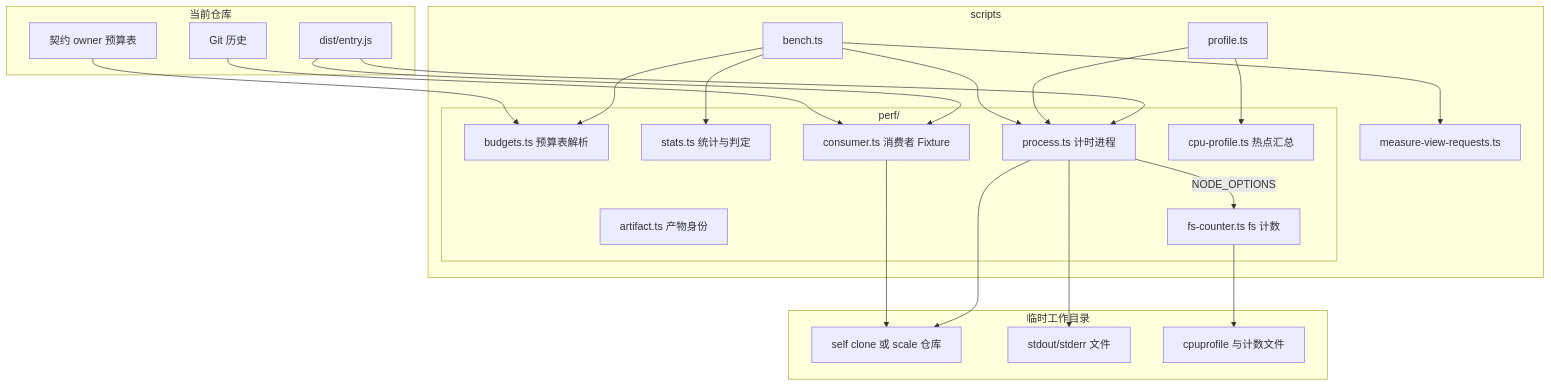
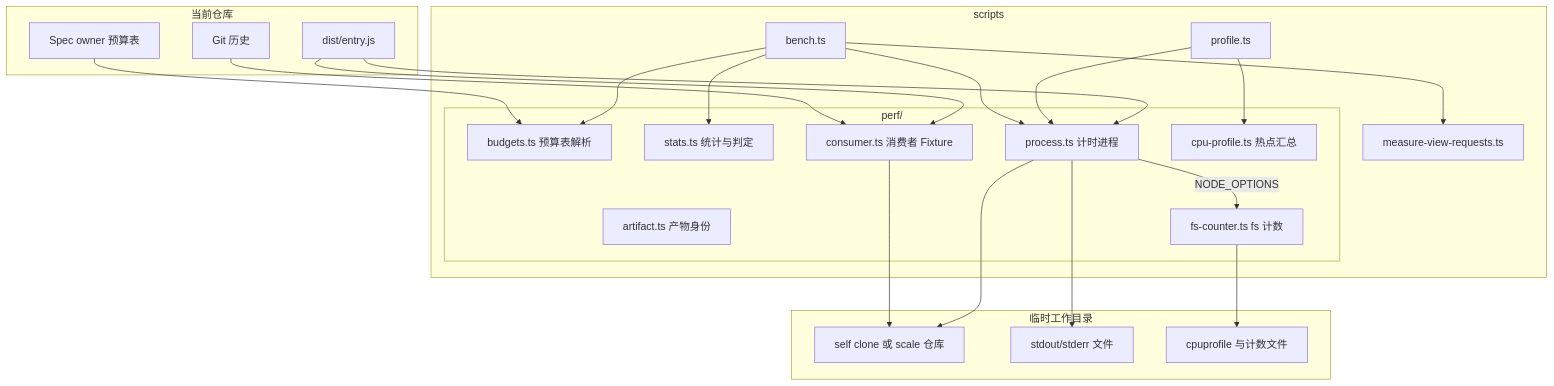
One commit to CorrectRoadH/Concord changed the diagram in docs/engineering/concord-self-hosting/architecture.md. Above: the diagram before and after it, drawn with Mermaid. The commit also changed other lines of this file and 218 other files, not shown here.

````diff
--- a/docs/engineering/concord-self-hosting/architecture.md
+++ b/docs/engineering/concord-self-hosting/architecture.md
@@ -19,42 +19,42 @@
 ```mermaid
 flowchart TD
   subgraph Repo[当前仓库]
     Dist[dist/entry.js]
-    Docs[契约 owner 预算表]
+    Docs[Spec owner 预算表]
     Git[Git 历史]
   end
   subgraph Scripts[scripts]
     Bench[bench.ts]
     Profile[profile.ts]
     View[measure-view-requests.ts]
     subgraph Perf[perf/]
       Budgets[budgets.ts 预算表解析]
       Stats[stats.ts 统计与判定]
       Process[process.ts 计时进程]
       Consumer[consumer.ts 消费者 Fixture]
       Artifact[artifact.ts 产物身份]
       Cpu[cpu-profile.ts 热点汇总]
       Counter[fs-counter.ts fs 计数]
     end
   end
   subgraph Work[临时工作目录]
     Clone[self clone 或 scale 仓库]
     Runs[stdout/stderr 文件]
     Out[cpuprofile 与计数文件]
   end
   Docs --> Budgets
   Git --> Consumer
   Dist --> Consumer
   Consumer --> Clone
   Bench --> Budgets
   Bench --> Stats
   Bench --> Process
   Bench --> View
   Profile --> Process
   Profile --> Cpu
   Process --> Runs
   Process -->|NODE_OPTIONS| Counter
   Counter --> Out
   Dist --> Process
   Process --> Clone
 ```
````
